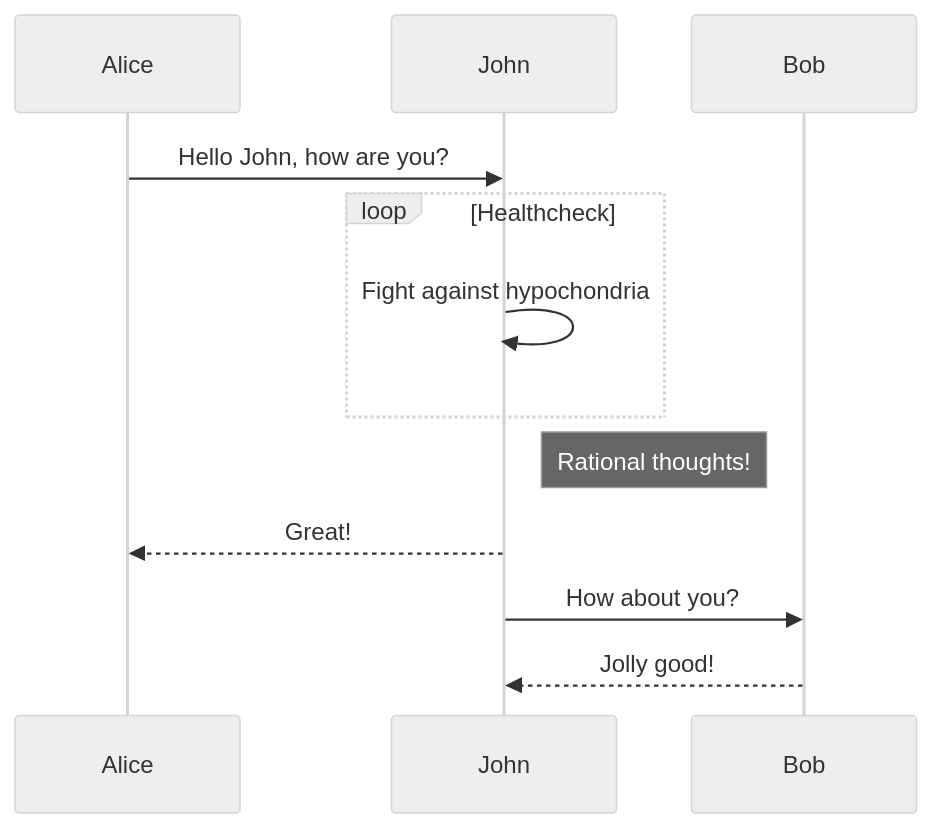
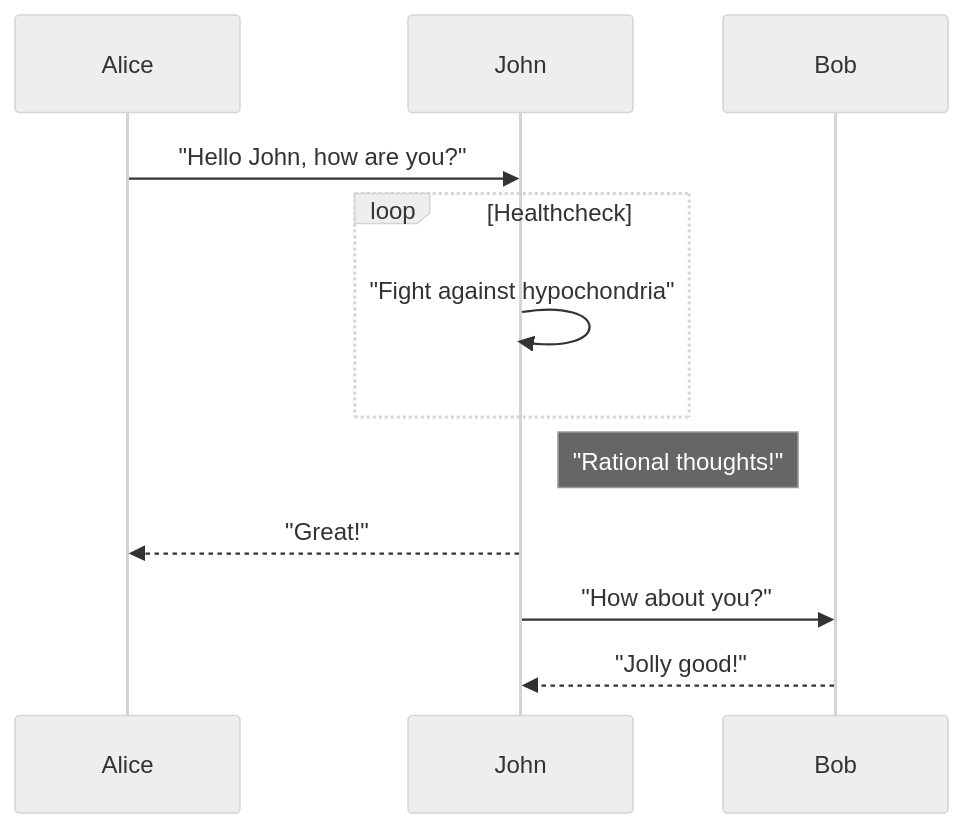
The fourth of 5 diagrams in docs/en/MkDocs测试实验室.md (linyuxuanlin/Wiki_MkDocs), drawn with Mermaid (neutral theme) before and after one commit. The commit also changed other lines of this file and 31 other files, not shown here.

````diff
--- a/docs/en/MkDocs测试实验室.md
+++ b/docs/en/MkDocs测试实验室.md
@@ -33,11 +33,11 @@
 ```mermaid
 sequenceDiagram
-  Alice->>John: Hello John, how are you?
+  Alice->>John: "Hello John, how are you?"
   loop Healthcheck
-      John->>John: Fight against hypochondria
+      John->>John: "Fight against hypochondria"
   end
-  Note right of John: Rational thoughts!
-  John-->>Alice: Great!
-  John->>Bob: How about you?
-  Bob-->>John: Jolly good!
+  Note right of John: "Rational thoughts!"
+  John-->>Alice: "Great!"
+  John->>Bob: "How about you?"
+  Bob-->>John: "Jolly good!"
 ```
````
